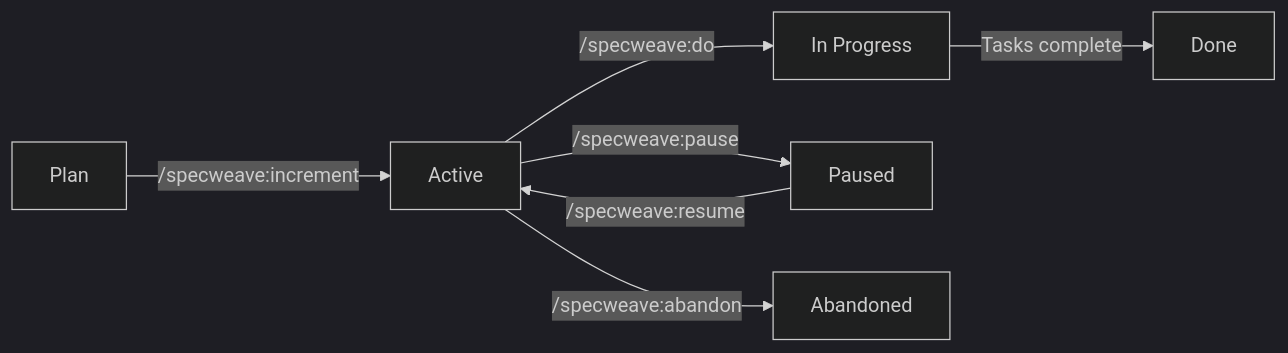
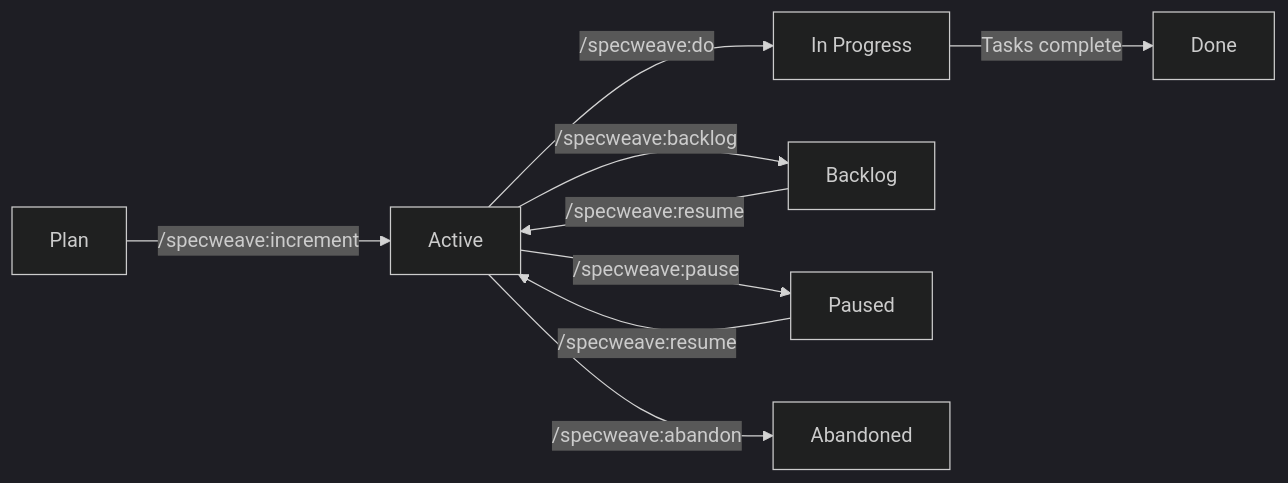
The diagram in docs-site/docs/glossary/terms/increment.md (anton-abyzov/specweave), drawn with Mermaid (dark theme) before and after one commit. The commit also changed other lines of this file and 428 other files, not shown here.

````diff
--- a/docs-site/docs/glossary/terms/increment.md
+++ b/docs-site/docs/glossary/terms/increment.md
@@ -83,9 +83,11 @@
 ```mermaid
 graph LR
     A[Plan] -->|/specweave:increment| B[Active]
     B -->|/specweave:do| C[In Progress]
     C -->|Tasks complete| D[Done]
-    B -->|/specweave:pause| E[Paused]
+    B -->|/specweave:backlog| E[Backlog]
     E -->|/specweave:resume| B
-    B -->|/specweave:abandon| F[Abandoned]
+    B -->|/specweave:pause| F[Paused]
+    F -->|/specweave:resume| B
+    B -->|/specweave:abandon| G[Abandoned]
 ```
````
